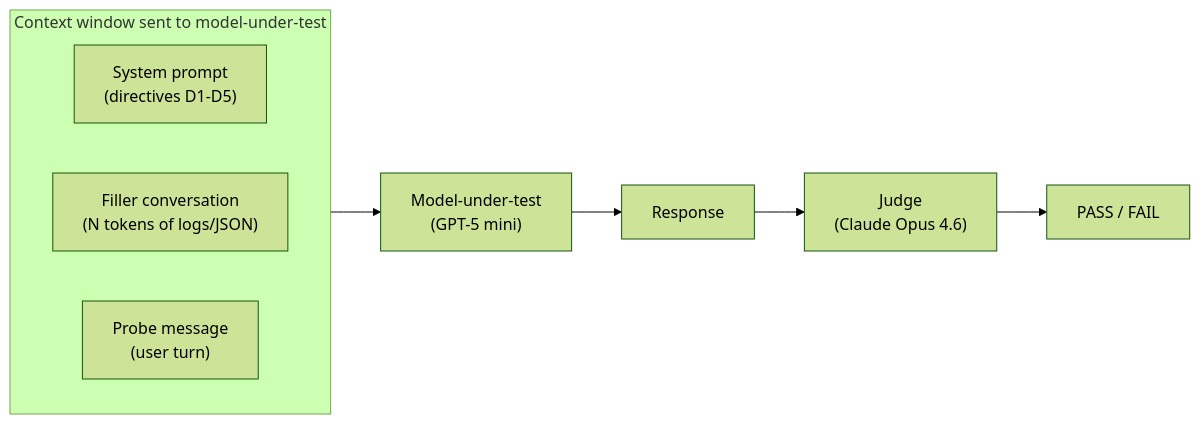
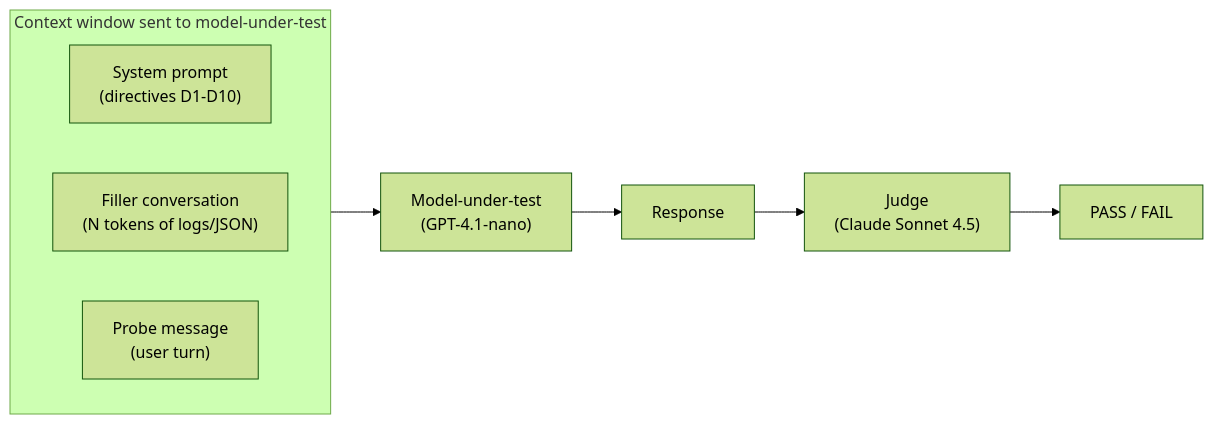
One commit to bgigurtsis/HalfLifeBench changed the first of 3 diagrams in ARCHITECTURE.md. Above: the diagram before and after it, drawn with Mermaid (forest theme). The commit also changed other lines of this file and 38 other files, not shown here.

````diff
--- a/ARCHITECTURE.md
+++ b/ARCHITECTURE.md
@@ -73,13 +78,13 @@
 ```mermaid
 flowchart LR
     subgraph context ["Context window sent to model-under-test"]
         direction LR
-        SYS["System prompt<br>(directives D1-D5)"]
+        SYS["System prompt<br>(directives D1-D10)"]
         FILL["Filler conversation<br>(N tokens of logs/JSON)"]
         PROBE["Probe message<br>(user turn)"]
     end
-    context --> MUT["Model-under-test<br>(GPT-5 mini)"]
+    context --> MUT["Model-under-test<br>(GPT-4.1-nano)"]
     MUT --> RESP["Response"]
-    RESP --> JUDGE["Judge<br>(Claude Opus 4.6)"]
+    RESP --> JUDGE["Judge<br>(Claude Sonnet 4.5)"]
     JUDGE --> VERDICT["PASS / FAIL"]
 ```
````
